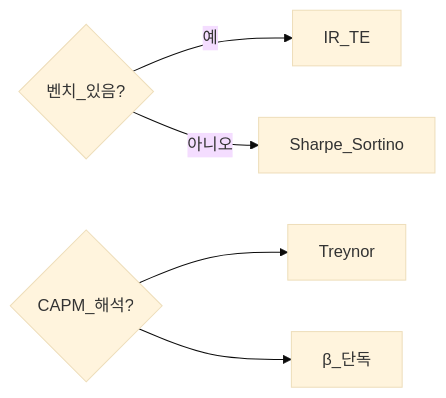
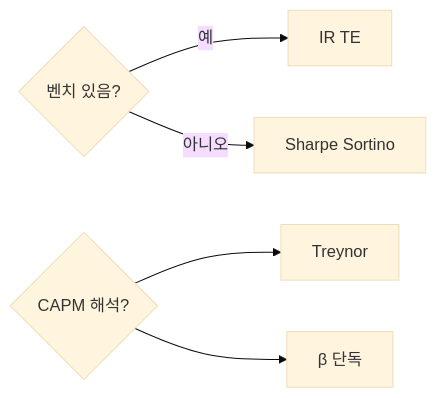
The second of 2 diagrams in 04-portfolio/performance-measurement.md (goldanghenry/Finances), drawn with Mermaid (base theme) before and after one commit. The commit also changed other lines of this file and 211 other files, not shown here.

````diff
--- a/04-portfolio/performance-measurement.md
+++ b/04-portfolio/performance-measurement.md
@@ -128,7 +128,7 @@
 ```mermaid
 flowchart LR
-  Q1{벤치_있음?} -->|예| IRTE[IR_TE]
-  Q1 -->|아니오| Sharpe2[Sharpe_Sortino]
-  Q2{CAPM_해석?} --> Treynor2[Treynor]
-  Q2 --> Beta2[β_단독]
+  Q1{"벤치 있음?"} -->|예| IRTE["IR TE"]
+  Q1 -->|아니오| Sharpe2["Sharpe Sortino"]
+  Q2{"CAPM 해석?"} --> Treynor2[Treynor]
+  Q2 --> Beta2["β 단독"]
 ```
````
